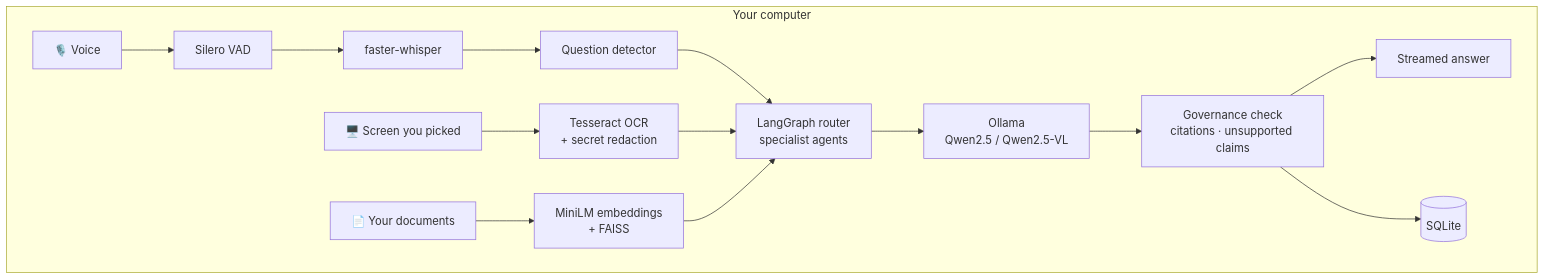
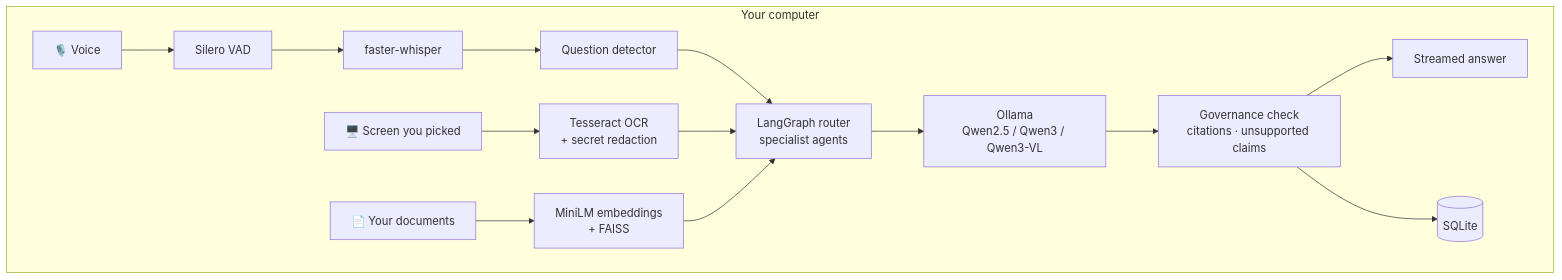
The diagram in veena-ai/README.md (florina787/Data-sets), drawn with Mermaid before and after one commit. The commit also changed other lines of this file and 7 other files, not shown here.

````diff
--- a/veena-ai/README.md
+++ b/veena-ai/README.md
@@ -116,16 +116,16 @@
 ```mermaid
 flowchart LR
   subgraph You["Your computer"]
     direction LR
     V["🎙️ Voice"] --> VAD["Silero VAD"] --> ASR["faster-whisper"] --> QD["Question detector"]
     S["🖥️ Screen you picked"] --> OCR["Tesseract OCR<br/>+ secret redaction"]
     D["📄 Your documents"] --> EMB["MiniLM embeddings<br/>+ FAISS"]
     QD --> G["LangGraph router<br/>specialist agents"]
     OCR --> G
     EMB --> G
-    G --> LLM["Ollama<br/>Qwen2.5 / Qwen2.5-VL"]
+    G --> LLM["Ollama<br/>Qwen2.5 / Qwen3 / Qwen3-VL"]
     LLM --> GOV["Governance check<br/>citations · unsupported claims"]
     GOV --> UI["Streamed answer"]
     GOV --> DB[("SQLite")]
   end
 ```
````
